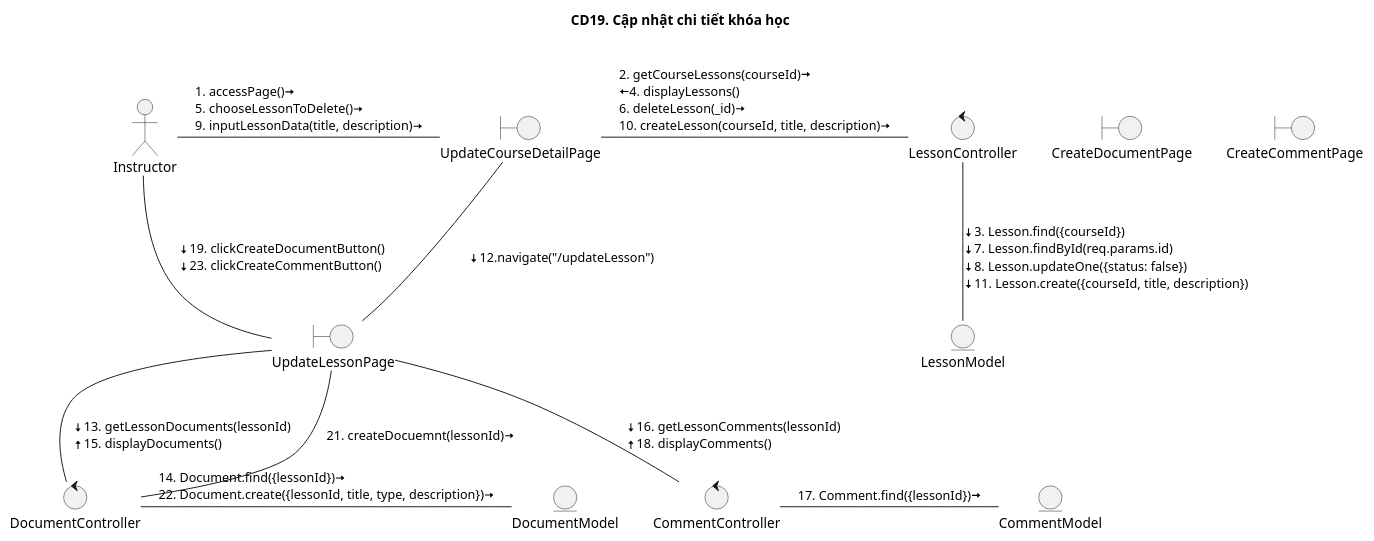
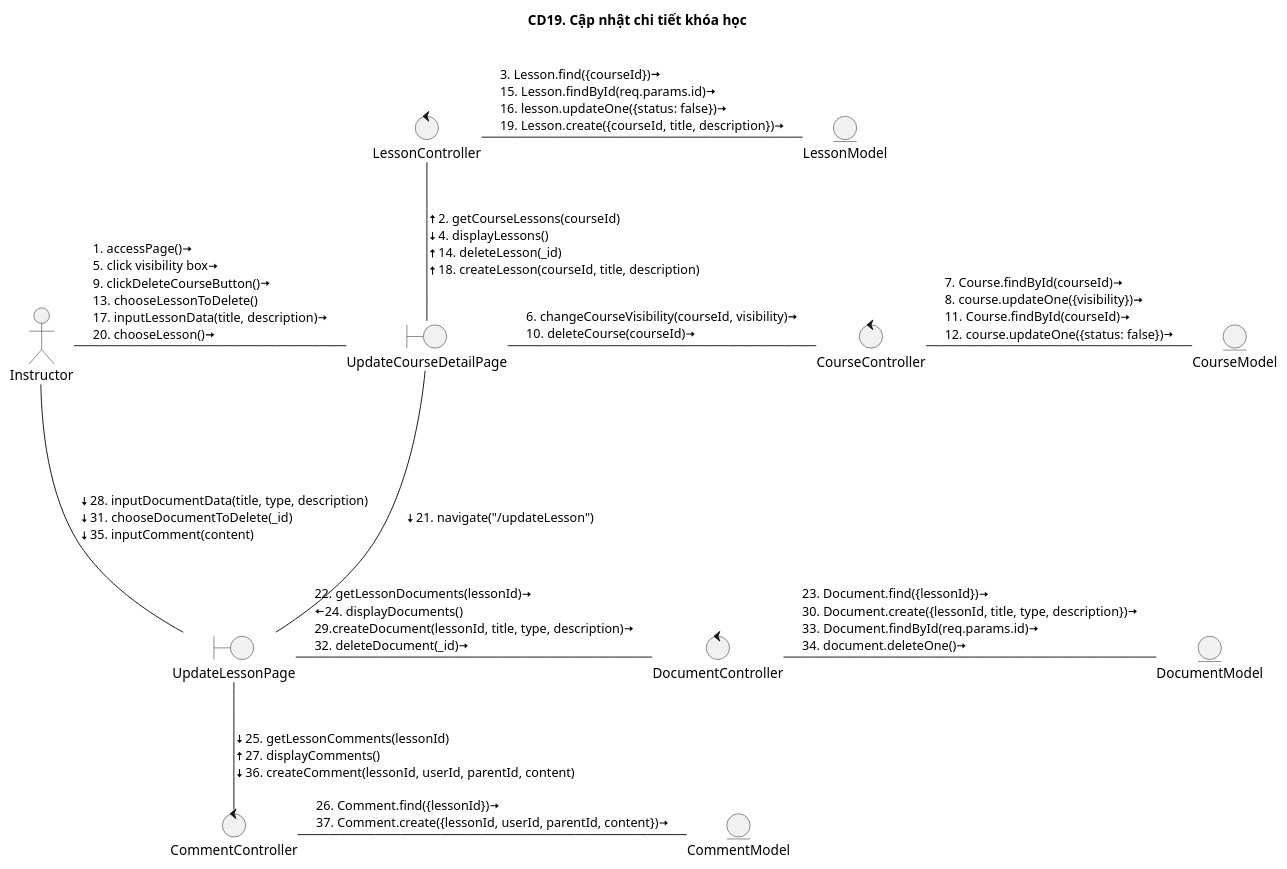
One commit to The-Cookies-Team/UML-Diagrams changed the diagram in CollaborationDiagrams/cd19.puml. Above: the diagram before and after it, drawn with PlantUML. The commit also changed 2 other files, not shown here.

```diff
--- a/CollaborationDiagrams/cd19.puml
+++ b/CollaborationDiagrams/cd19.puml
@@ -1,28 +1,28 @@
 @startuml CD
 
 title CD19. Cập nhật chi tiết khóa học
 
 actor "Instructor" as Actor
 boundary "UpdateCourseDetailPage"
 boundary "UpdateLessonPage"
-boundary "CreateDocumentPage"
-boundary "CreateCommentPage"
 control "LessonController"
 entity "LessonModel"
 control "DocumentController"
 entity "DocumentModel"
 control "CommentController"
 entity "CommentModel"
+control "CourseController"
+entity "CourseModel"
 
-Actor - UpdateCourseDetailPage: \l1. accessPage()<&arrow-right>\n5. chooseLessonToDelete()<&arrow-right>\n9. inputLessonData(title, description)<&arrow-right>
-UpdateCourseDetailPage - LessonController: \l2. getCourseLessons(courseId)<&arrow-right>\n<&arrow-left>4. displayLessons()\n6. deleteLesson(_id)<&arrow-right>\n10. createLesson(courseId, title, description)<&arrow-right>
-LessonController -- LessonModel: \l<&arrow-bottom>3. Lesson.find({courseId})\n<&arrow-bottom>7. Lesson.findById(req.params.id)\n<&arrow-bottom>8. Lesson.updateOne({status: false})\n<&arrow-bottom>11. Lesson.create({courseId, title, description})
-UpdateCourseDetailPage -- UpdateLessonPage: \l<&arrow-bottom>12.navigate("/updateLesson")
-Actor - UpdateLessonPage: \l<&arrow-bottom>19. clickCreateDocumentButton()\n<&arrow-bottom>23. clickCreateCommentButton()
-UpdateLessonPage -- DocumentController: \l<&arrow-bottom>13. getLessonDocuments(lessonId)\n<&arrow-top>15. displayDocuments()
-DocumentController - DocumentModel: \l14. Document.find({lessonId})<&arrow-right>\n22. Document.create({lessonId, title, type, description})<&arrow-right>
-UpdateLessonPage -- CommentController: \l<&arrow-bottom>16. getLessonComments(lessonId)\n<&arrow-top>18. displayComments()
-CommentController - CommentModel: \l17. Comment.find({lessonId})<&arrow-right>
-UpdateLessonPage -- DocumentController: \l21. createDocuemnt(lessonId)<&arrow-right>
-
+Actor - UpdateCourseDetailPage: \l1. accessPage()<&arrow-right>\n5. click visibility box<&arrow-right>\n9. clickDeleteCourseButton()<&arrow-right>\n13. chooseLessonToDelete()\n17. inputLessonData(title, description)<&arrow-right>\n20. chooseLesson()<&arrow-right>
+UpdateCourseDetailPage -up- LessonController: \l<&arrow-top>2. getCourseLessons(courseId)\n<&arrow-bottom>4. displayLessons()\n<&arrow-top>14. deleteLesson(_id)\n<&arrow-top>18. createLesson(courseId, title, description)
+LessonController - LessonModel: \l3. Lesson.find({courseId})<&arrow-right>\n15. Lesson.findById(req.params.id)<&arrow-right>\n16. lesson.updateOne({status: false})<&arrow-right>\n19. Lesson.create({courseId, title, description})<&arrow-right>
+UpdateCourseDetailPage - CourseController: \l6. changeCourseVisibility(courseId, visibility)<&arrow-right>\n10. deleteCourse(courseId)<&arrow-right>
+CourseController - CourseModel: \l7. Course.findById(courseId)<&arrow-right>\n8. course.updateOne({visibility})<&arrow-right>\n11. Course.findById(courseId)<&arrow-right>\n12. course.updateOne({status: false})<&arrow-right>
+UpdateCourseDetailPage ---- UpdateLessonPage: \l<&arrow-bottom>21. navigate("/updateLesson")
+UpdateLessonPage - DocumentController: \l22. getLessonDocuments(lessonId)<&arrow-right>\n<&arrow-left>24. displayDocuments()\n29.createDocument(lessonId, title, type, description)<&arrow-right>\n32. deleteDocument(_id)<&arrow-right>
+DocumentController - DocumentModel: \l23. Document.find({lessonId})<&arrow-right>\n30. Document.create({lessonId, title, type, description})<&arrow-right>\n33. Document.findById(req.params.id)<&arrow-right>\n34. document.deleteOne()<&arrow-right>
+UpdateLessonPage -- CommentController: \l<&arrow-bottom>25. getLessonComments(lessonId)\n<&arrow-top>27. displayComments()\n<&arrow-bottom>36. createComment(lessonId, userId, parentId, content)
+CommentController - CommentModel: \l26. Comment.find({lessonId})<&arrow-right>\n37. Comment.create({lessonId, userId, parentId, content})<&arrow-right>
+Actor - UpdateLessonPage: \l<&arrow-bottom>28. inputDocumentData(title, type, description)\n<&arrow-bottom>31. chooseDocumentToDelete(_id)\n<&arrow-bottom>35. inputComment(content)
 @enduml
```
